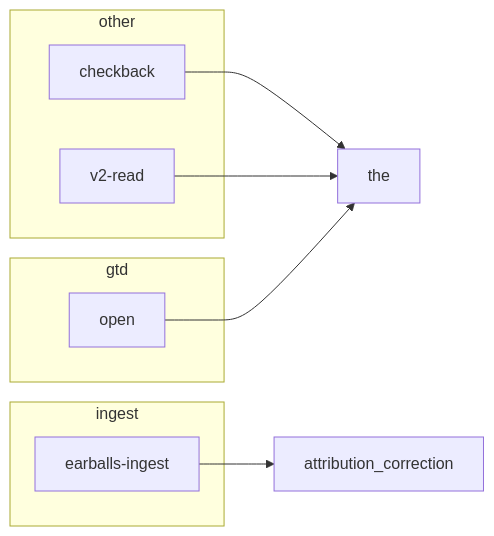
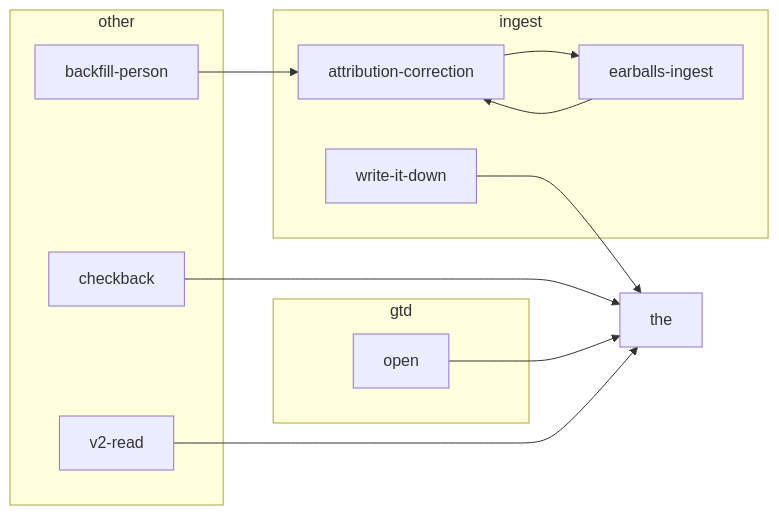
The third of 4 diagrams in MAP.md (gordonium/sancho), drawn with Mermaid before and after one commit. The commit also changed other lines of this file and 40 other files, not shown here.

````diff
--- a/MAP.md
+++ b/MAP.md
@@ -64,17 +64,23 @@
 ```mermaid
 flowchart LR
   subgraph gtd
     open[open]
   end
   subgraph ingest
+    attribution_correction[attribution-correction]
     earballs_ingest[earballs-ingest]
+    write_it_down[write-it-down]
   end
   subgraph other
+    backfill_person[backfill-person]
     checkback[checkback]
     v2_read[v2-read]
   end
+  attribution_correction --> earballs_ingest
+  backfill_person --> attribution_correction
   checkback --> the
   earballs_ingest --> attribution_correction
   open --> the
   v2_read --> the
+  write_it_down --> the
 ```
````
